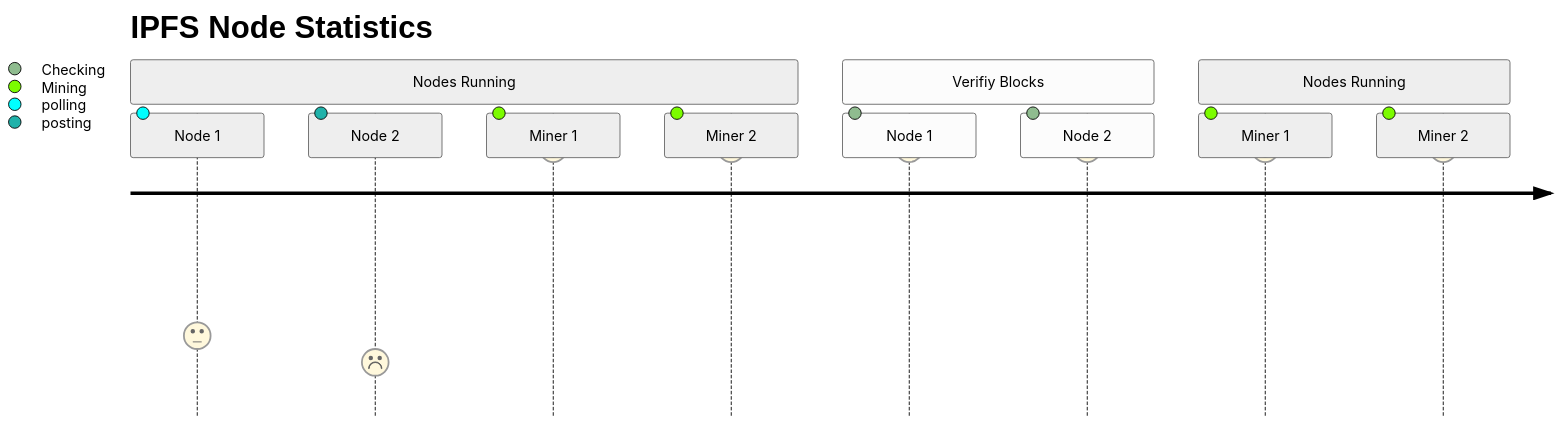
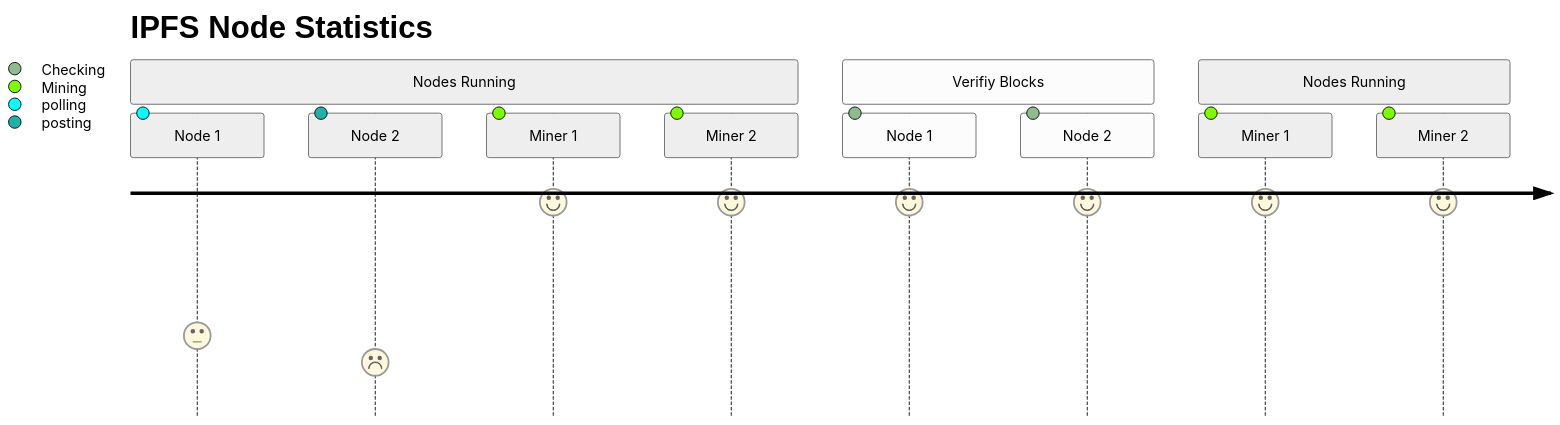
The diagram in readme.md (noryev/ipfs-server-configuration), drawn with Mermaid (neutral theme) before and after one commit.

````diff
--- a/readme.md
+++ b/readme.md
@@ -1,15 +1,15 @@
 ```mermaid
 journey
 	title IPFS Node Statistics
 	section Nodes Running
 		Node 1: 3: polling
 		Node 2: 2: posting
-		Miner 1: 10: Mining
-		Miner 2: 10: Mining
+		Miner 1: 8: Mining
+		Miner 2: 8: Mining
 	section Verifiy Blocks
-		Node 1: 10: Checking	
-		Node 2: 10: Checking
+		Node 1: 8: Checking	
+		Node 2: 8: Checking
 	section Nodes Running
-		Miner 1: 10: Mining
-		Miner 2: 10: Mining
+		Miner 1: 8: Mining
+		Miner 2: 8: Mining
 ```
````
